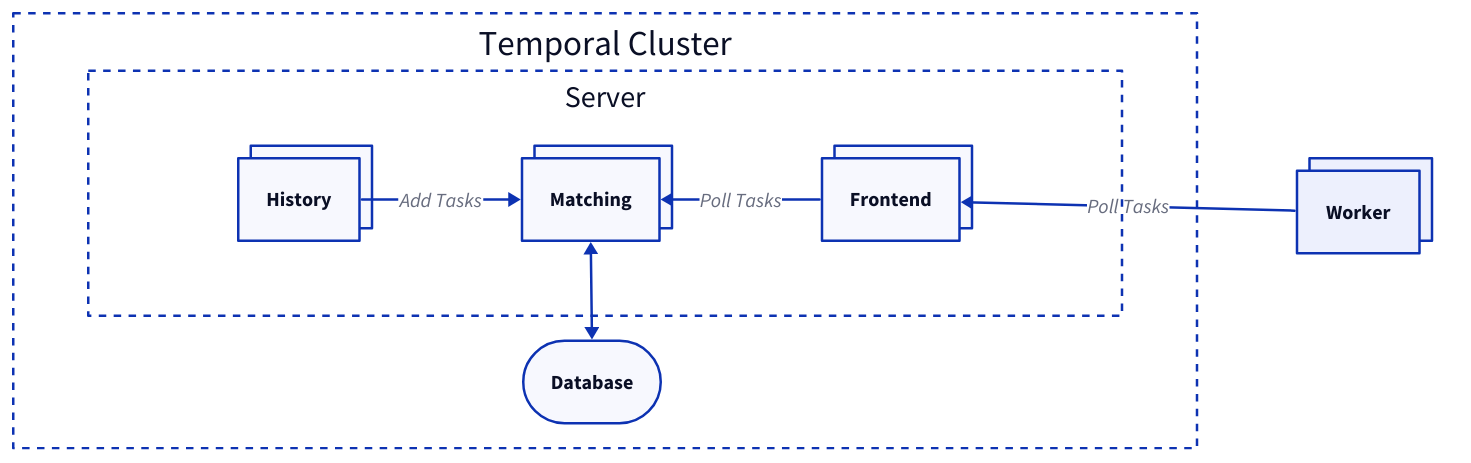
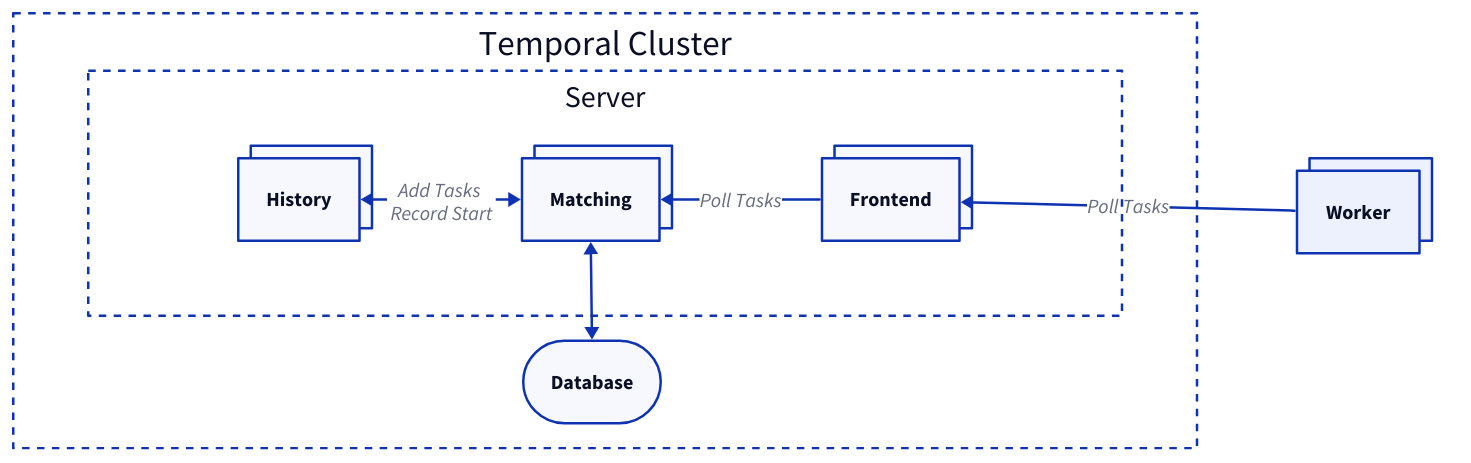
The diagram in docs/_assets/matching-context.d2 (temporalio/temporal), drawn with D2 before and after one commit. The commit also changed 2 other files, not shown here.

Commit message:
Fix workflow lifecycle and matching diagrams

```diff
--- a/docs/_assets/matching-context.d2
+++ b/docs/_assets/matching-context.d2
@@ -1,61 +1,61 @@
 # https://d2lang.com
 # Generate SVG by running `make` inside of `docs/`.
 
 Cluster: {
     grid-rows: 2
     vertical-gap: 10
 
     label: "Temporal Cluster"
     style.fill: transparent
     style.stroke-dash: 3
     style.double-border: false
 
     Server: {
         grid-columns: 3
         horizontal-gap: 120
 
         style.fill: transparent
         style.stroke-dash: 3
 
         History: {
             style.multiple: true
         }
         Matching: {
             style.multiple: true
         }
         Frontend: {
             style.multiple: true
         }
     }
     Database: {
         label: ""
         style.opacity: 0
 
         grid-columns: 3
         horizontal-gap: 120
         vertical-gap: 10
 
         placeho1.style.opacity: 0  # hack to align Database
         Database: {
             label: "Database"
             style.border-radius: 100
         }
     }
 }
 
 Outside: {
     grid-rows: 2
     vertical-gap: 10
     horizontal-gap: 20
     style.opacity: 0
 
     Worker: {
         style.multiple: true
     }
     placeho.style.opacity: 0  # hack to align Worker
 }
 
 Outside.Worker -> Cluster.Server.Frontend: Poll Tasks
 Cluster.Server.Frontend -> Cluster.Server.Matching: Poll Tasks
-Cluster.Server.History -> Cluster.Server.Matching: Add Tasks
+Cluster.Server.History <-> Cluster.Server.Matching: Add Tasks \n Record Start
 Cluster.Server.Matching <-> Cluster.Database.Database
```
